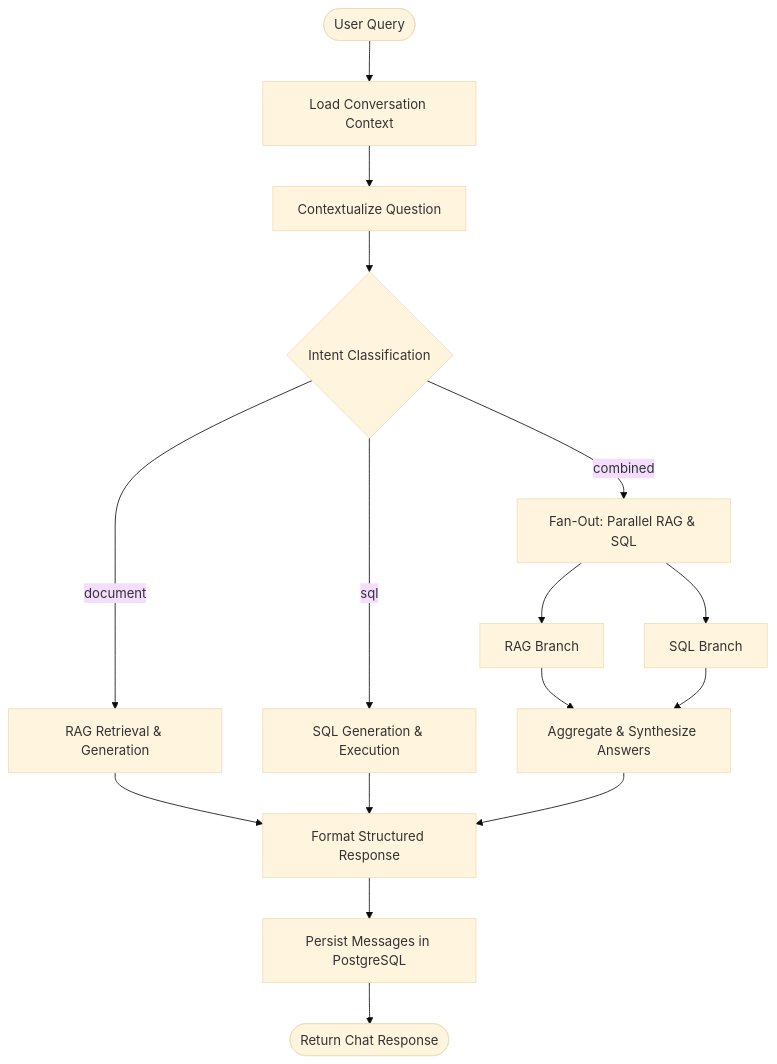
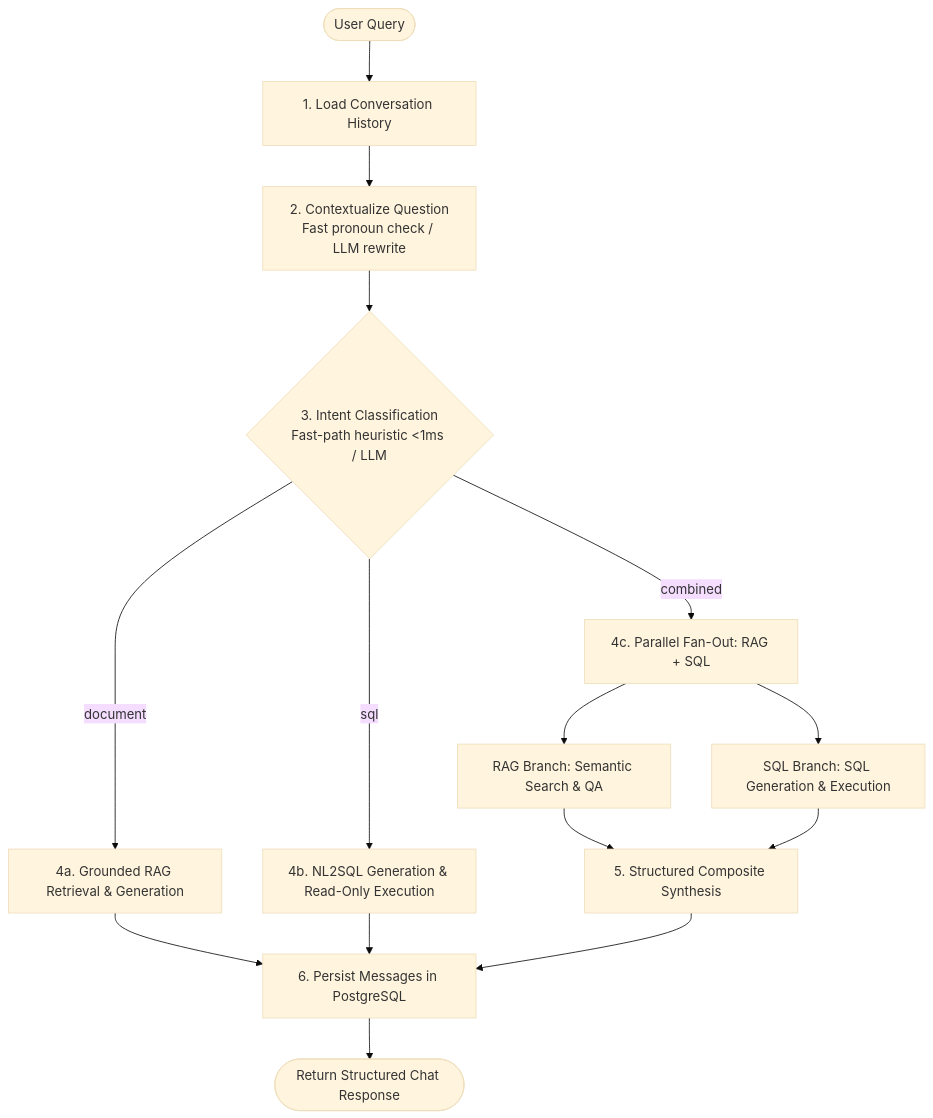
The third of 3 diagrams in docs/architecture.md (anandmindfire/Local-GenAI-Data-Assistant), drawn with Mermaid (base theme) before and after one commit. The commit also changed other lines of this file and 3 other files, not shown here.

Commit message:
docs: add Streamlit UI and FastAPI Swagger documentation with updated architecture diagrams

````diff
--- a/docs/architecture.md
+++ b/docs/architecture.md
@@ -97,23 +100,21 @@
 ```mermaid
 flowchart TD
-    Start([User Query]) --> LoadContext[Load Conversation Context]
-    LoadContext --> Contextualize[Contextualize Question]
-    Contextualize --> IntentRouter{Intent Classification}
+    Start([User Query]) --> LoadContext[1. Load Conversation History]
+    LoadContext --> Contextualize[2. Contextualize Question<br/>Fast pronoun check / LLM rewrite]
+    Contextualize --> IntentRouter{3. Intent Classification<br/>Fast-path heuristic &lt;1ms / LLM}
 
-    IntentRouter -->|document| RAG[RAG Retrieval & Generation]
-    IntentRouter -->|sql| SQL[SQL Generation & Execution]
-    IntentRouter -->|combined| Parallel[Fan-Out: Parallel RAG & SQL]
+    IntentRouter -->|document| RAG[4a. Grounded RAG Retrieval & Generation]
+    IntentRouter -->|sql| SQL[4b. NL2SQL Generation & Read-Only Execution]
+    IntentRouter -->|combined| Parallel[4c. Parallel Fan-Out: RAG + SQL]
 
-    Parallel --> RAG_Branch[RAG Branch]
-    Parallel --> SQL_Branch[SQL Branch]
+    Parallel --> RAG_Branch[RAG Branch: Semantic Search & QA]
+    Parallel --> SQL_Branch[SQL Branch: SQL Generation & Execution]
 
-    RAG_Branch --> Aggregate[Aggregate & Synthesize Answers]
+    RAG_Branch --> Aggregate[5. Structured Composite Synthesis]
     SQL_Branch --> Aggregate
 
-    RAG --> FormatAnswer[Format Structured Response]
-    SQL --> FormatAnswer
-    Aggregate --> FormatAnswer
-
-    FormatAnswer --> Persist[Persist Messages in PostgreSQL]
-    Persist --> EndNode([Return Chat Response])
+    RAG --> Persist[6. Persist Messages in PostgreSQL]
+    SQL --> Persist
+    Aggregate --> Persist
+    Persist --> EndNode([Return Structured Chat Response])
 ```
````
